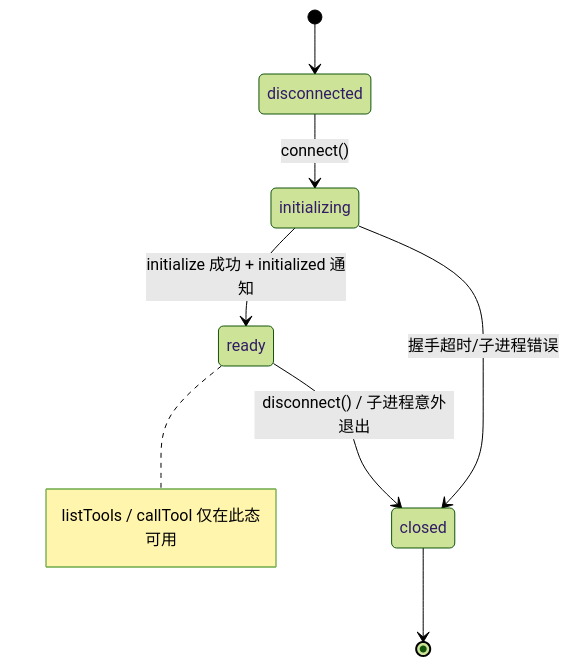
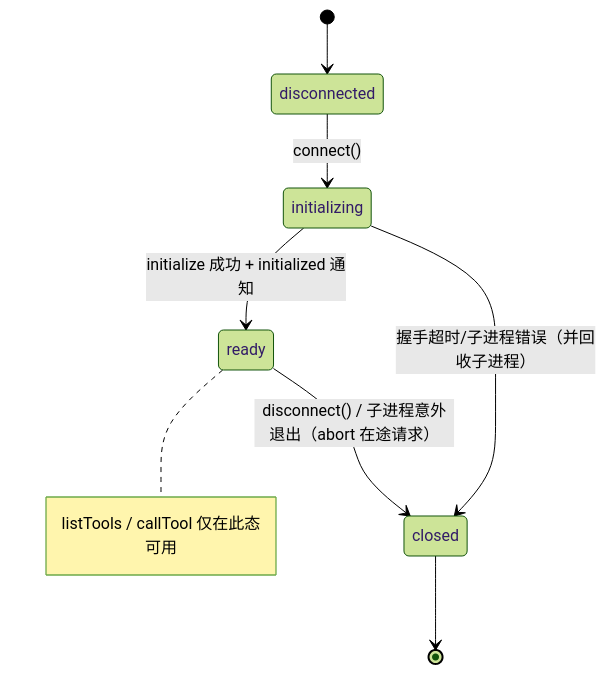
One commit to wpy2580536181-stack/easyCLI changed the third of 4 diagrams in docs/phase5.md. Above: the diagram before and after it, drawn with Mermaid (forest theme). The commit also changed other lines of this file and 16 other files, not shown here.

````diff
--- a/docs/phase5.md
+++ b/docs/phase5.md
@@ -75,12 +92,12 @@
 ```mermaid
 stateDiagram-v2
     [*] --> disconnected
     disconnected --> initializing : connect()
     initializing --> ready : initialize 成功 + initialized 通知
-    initializing --> closed : 握手超时/子进程错误
-    ready --> closed : disconnect() / 子进程意外退出
+    initializing --> closed : 握手超时/子进程错误（并回收子进程）
+    ready --> closed : disconnect() / 子进程意外退出（abort 在途请求）
     closed --> [*]
     note right of ready
         listTools / callTool 仅在此态可用
     end note
 ```
````
